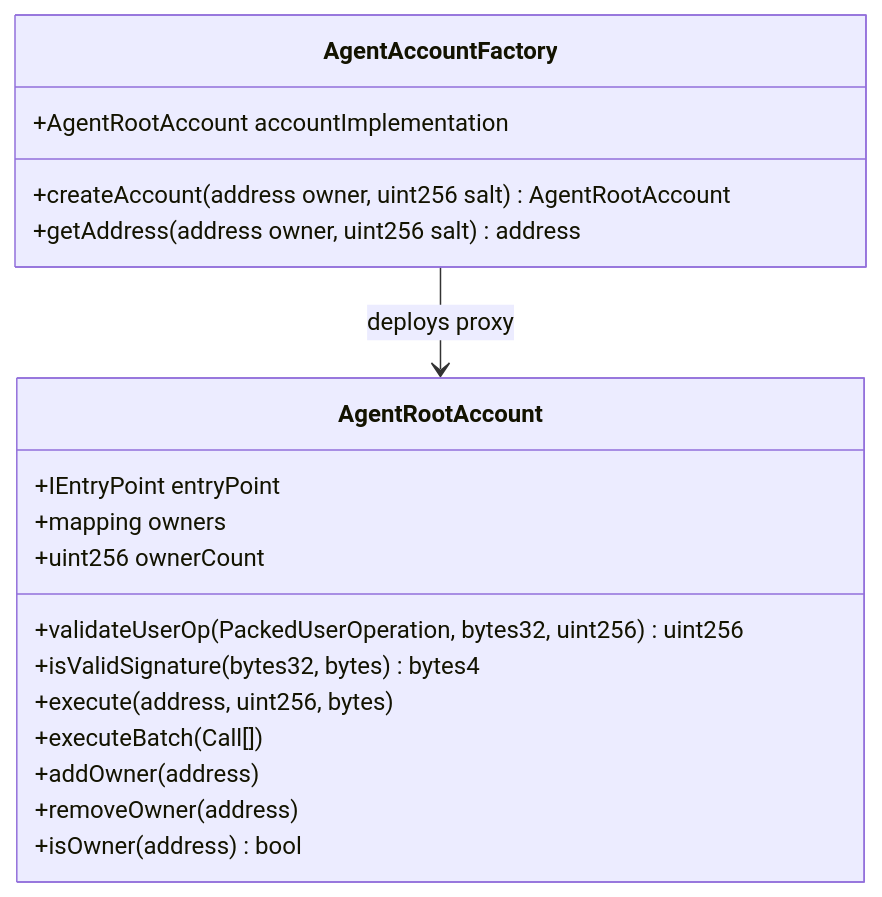
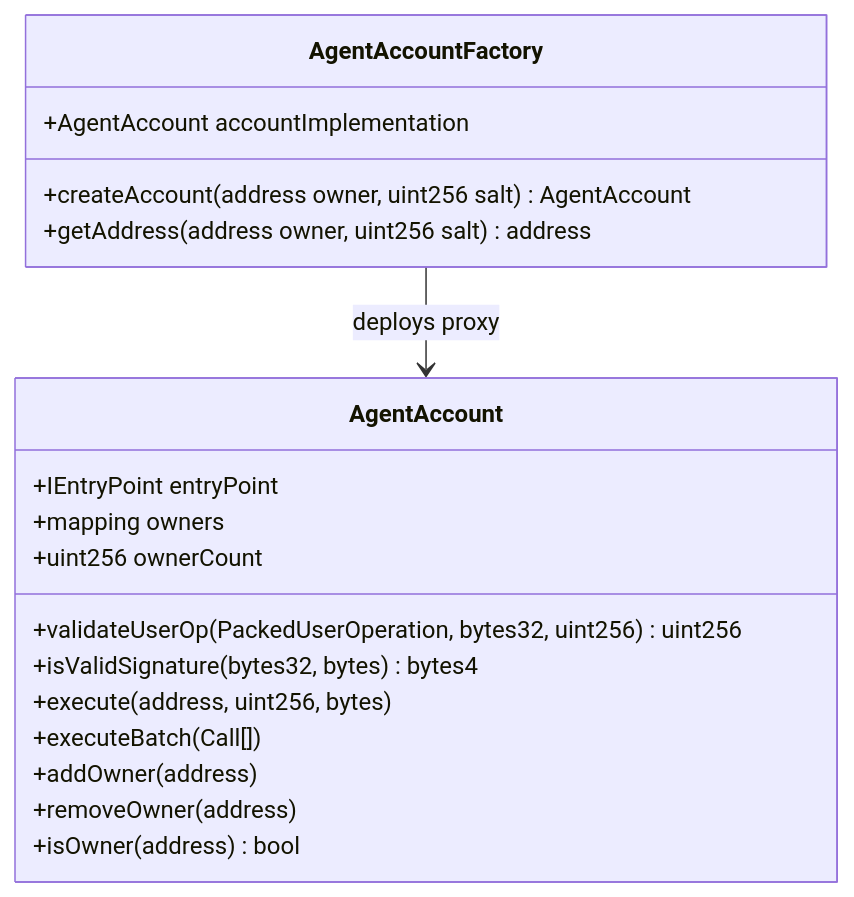
Before and after one commit to agentictrustlabs/smart-agent: the second of 2 diagrams in docs/architecture/technical-architecture.md, drawn with Mermaid. The commit also changed other lines of this file and 56 other files, not shown here.

````diff
--- a/docs/architecture/technical-architecture.md
+++ b/docs/architecture/technical-architecture.md
@@ -76,23 +76,23 @@
 ```mermaid
 classDiagram
-    class AgentRootAccount {
+    class AgentAccount {
         +IEntryPoint entryPoint
         +mapping owners
         +uint256 ownerCount
         +validateUserOp(PackedUserOperation, bytes32, uint256) uint256
         +isValidSignature(bytes32, bytes) bytes4
         +execute(address, uint256, bytes)
         +executeBatch(Call[])
         +addOwner(address)
         +removeOwner(address)
         +isOwner(address) bool
     }
 
     class AgentAccountFactory {
-        +AgentRootAccount accountImplementation
-        +createAccount(address owner, uint256 salt) AgentRootAccount
+        +AgentAccount accountImplementation
+        +createAccount(address owner, uint256 salt) AgentAccount
         +getAddress(address owner, uint256 salt) address
     }
 
-    AgentAccountFactory --> AgentRootAccount : deploys proxy
+    AgentAccountFactory --> AgentAccount : deploys proxy
 ```
````
